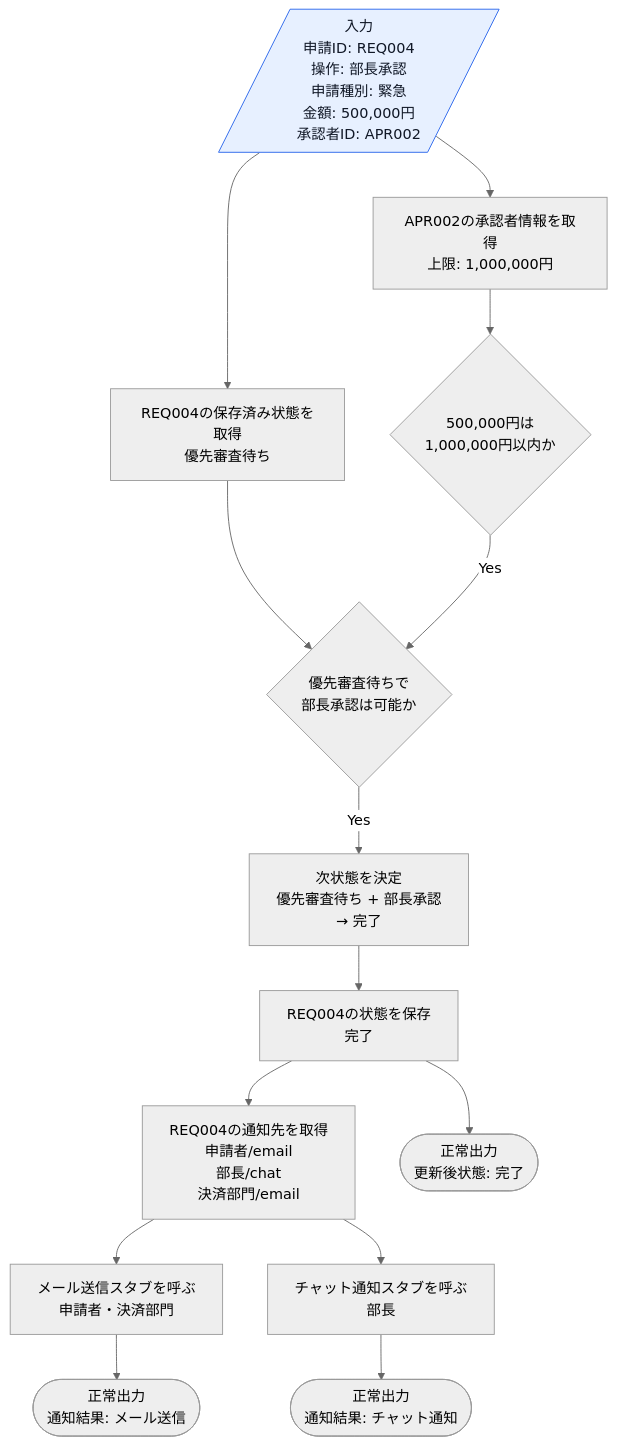
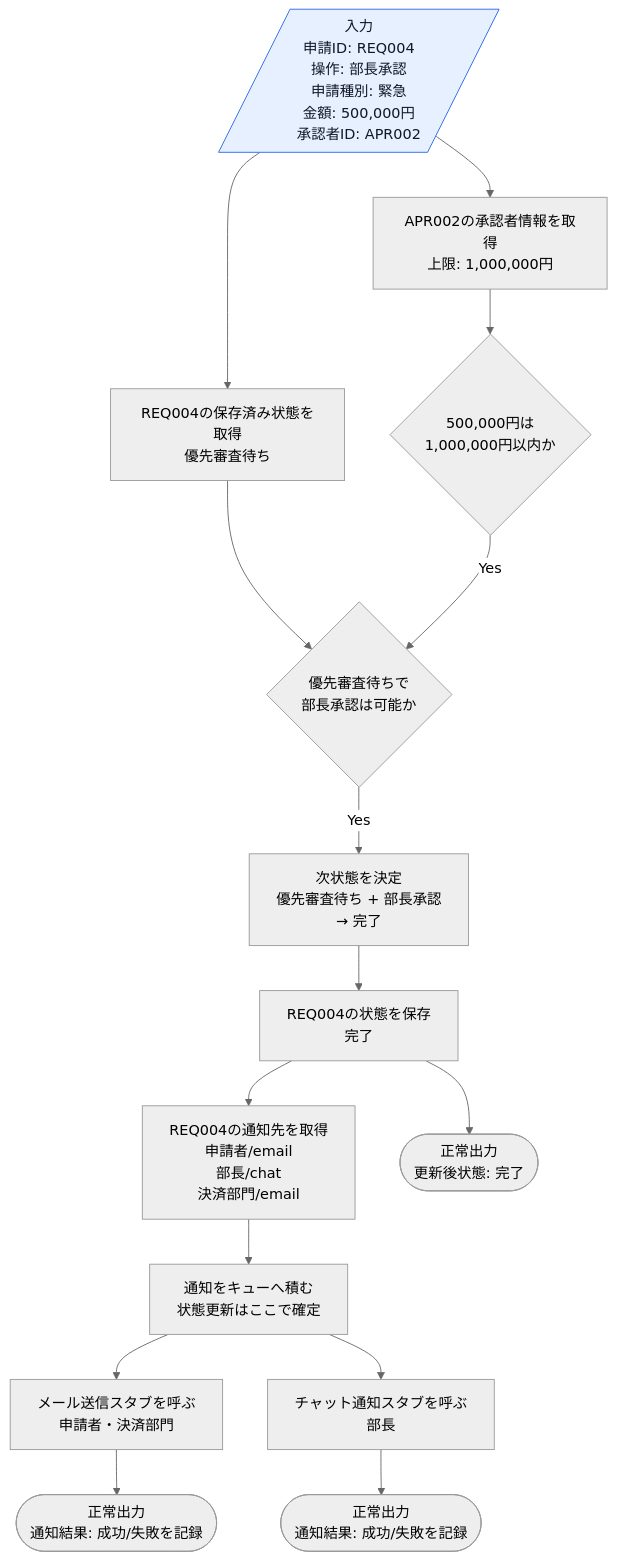
One commit to kumachan1101-pixel/DesignPattern changed the eighth of 14 diagrams in kindle/design-patterns/output/chapter12.md. Above: the diagram before and after it, drawn with Mermaid (neutral theme). The commit also changed other lines of this file and 5 other files, not shown here.

````diff
--- a/kindle/design-patterns/output/chapter12.md
+++ b/kindle/design-patterns/output/chapter12.md
@@ -522,22 +539,23 @@
 ```mermaid
 flowchart TD
     A[/入力<br>申請ID: REQ004<br>操作: 部長承認<br>申請種別: 緊急<br>金額: 500,000円<br>承認者ID: APR002/]:::input
     A --> B[REQ004の保存済み状態を取得<br>優先審査待ち]
     A --> C[APR002の承認者情報を取得<br>上限: 1,000,000円]
     C --> D{500,000円は<br>1,000,000円以内か}
     B --> E{優先審査待ちで<br>部長承認は可能か}
     D -->|Yes| E
     E -->|Yes| F[次状態を決定<br>優先審査待ち + 部長承認<br>→ 完了]
     F --> G[REQ004の状態を保存<br>完了]
     G --> H[REQ004の通知先を取得<br>申請者/email<br>部長/chat<br>決済部門/email]
-    H --> I[メール送信スタブを呼ぶ<br>申請者・決済部門]
-    H --> J[チャット通知スタブを呼ぶ<br>部長]
+    H --> Q[通知をキューへ積む<br>状態更新はここで確定]
+    Q --> I[メール送信スタブを呼ぶ<br>申請者・決済部門]
+    Q --> J[チャット通知スタブを呼ぶ<br>部長]
     G --> K([正常出力<br>更新後状態: 完了])
-    I --> L([正常出力<br>通知結果: メール送信])
-    J --> M([正常出力<br>通知結果: チャット通知])
+    I --> L([正常出力<br>通知結果: 成功/失敗を記録])
+    J --> M([正常出力<br>通知結果: 成功/失敗を記録])
 
     classDef input fill:#e7f0ff,stroke:#2563eb,color:#111827;
     classDef process fill:#fff7ed,stroke:#ea580c,color:#111827;
     classDef decision fill:#fef9c3,stroke:#ca8a04,color:#111827;
     classDef normal fill:#dcfce7,stroke:#16a34a,color:#111827;
 ```
````
